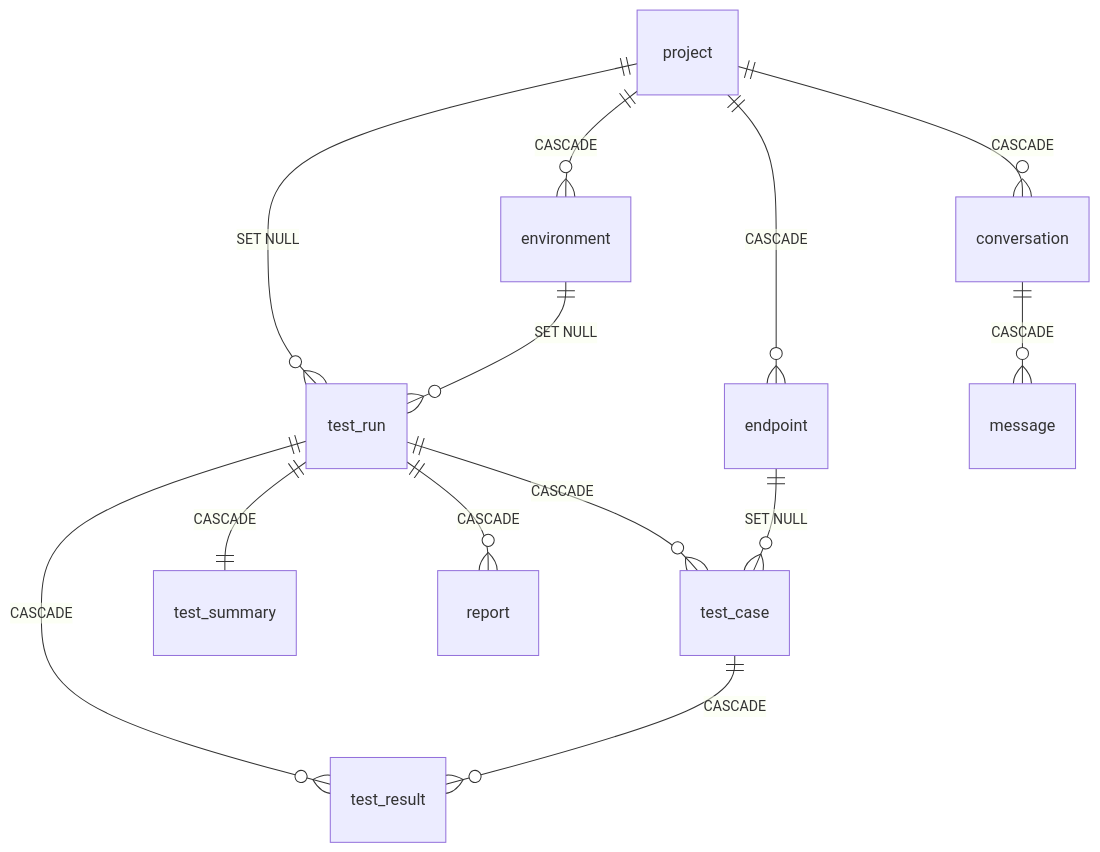
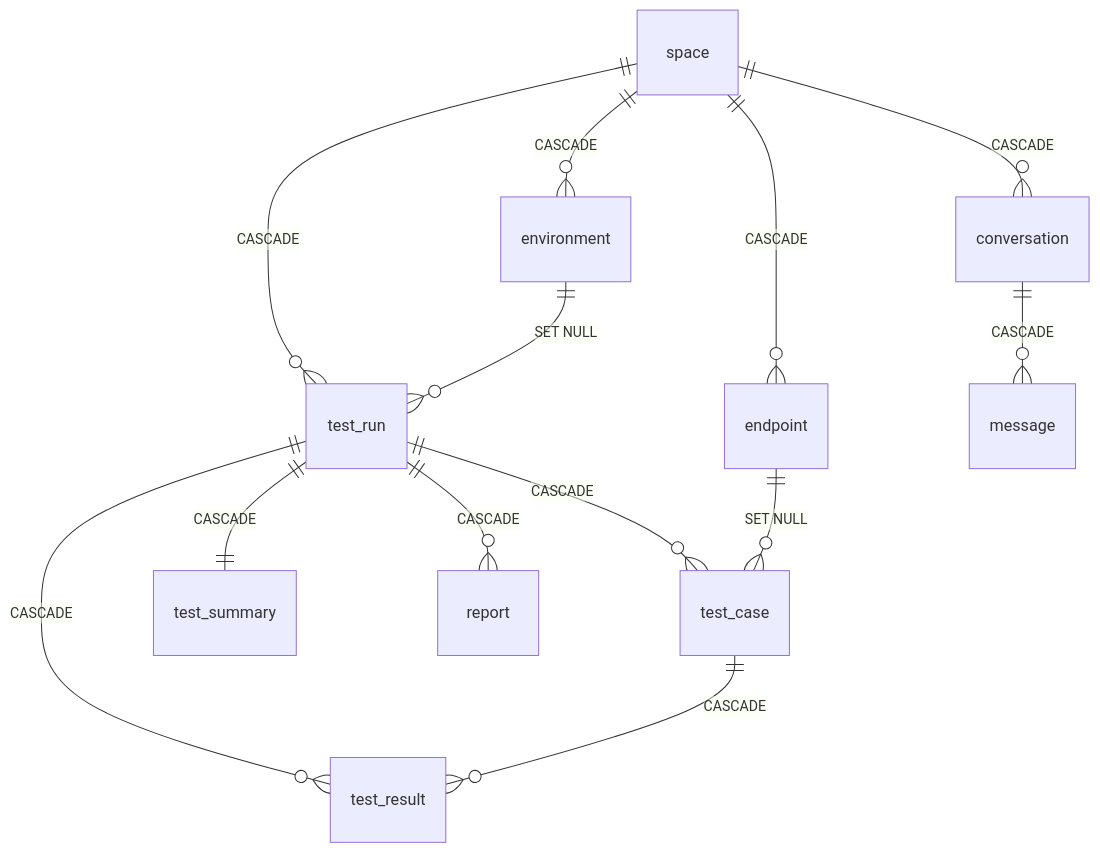
One commit to cmrhyq/LLMTestAgent changed the third of 5 diagrams in doc/design/Architecture.md. Above: the diagram before and after it, drawn with Mermaid. The commit also changed other lines of this file and 19 other files, not shown here.

Commit message:
Update the project name to TestAgents

````diff
--- a/doc/design/Architecture.md
+++ b/doc/design/Architecture.md
@@ -202,15 +186,15 @@
 ```mermaid
 erDiagram
-  project ||--o{ environment : "CASCADE"
-  project ||--o{ endpoint : "CASCADE"
-  project ||--o{ test_run : "SET NULL"
-  project ||--o{ conversation : "CASCADE"
+  space ||--o{ environment : "CASCADE"
+  space ||--o{ endpoint : "CASCADE"
+  space ||--o{ test_run : "CASCADE"
+  space ||--o{ conversation : "CASCADE"
   environment ||--o{ test_run : "SET NULL"
   test_run ||--o{ test_case : "CASCADE"
   test_run ||--o{ test_result : "CASCADE"
   test_run ||--|| test_summary : "CASCADE"
   test_run ||--o{ report : "CASCADE"
   endpoint ||--o{ test_case : "SET NULL"
   test_case ||--o{ test_result : "CASCADE"
   conversation ||--o{ message : "CASCADE"
 ```
````
